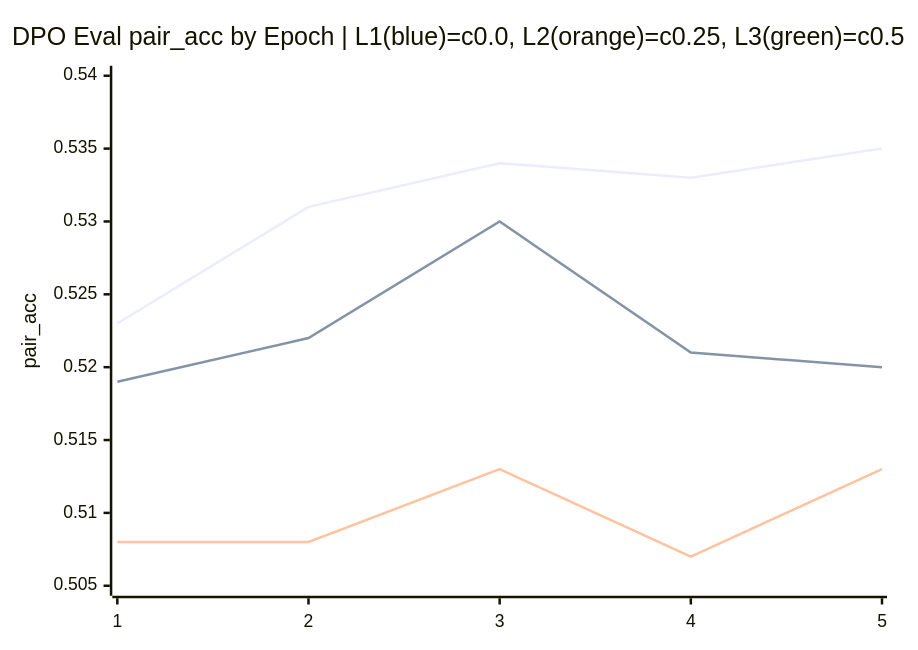
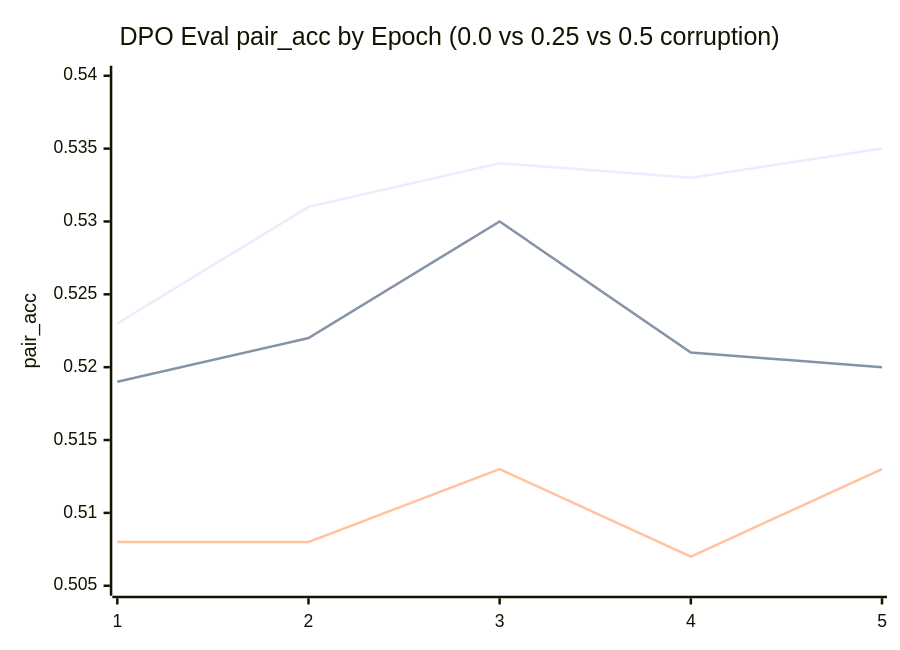
One commit to ethanlou36/implicit_finetuning changed the second of 2 diagrams in README.md. Above: the diagram before and after it, drawn with Mermaid. The commit also changed other lines of this file, not shown here.

````diff
--- a/README.md
+++ b/README.md
@@ -133,9 +133,9 @@
 ```mermaid
 xychart-beta
-    title "DPO Eval pair_acc by Epoch | L1(blue)=c0.0, L2(orange)=c0.25, L3(green)=c0.5"
+    title "DPO Eval pair_acc by Epoch (0.0 vs 0.25 vs 0.5 corruption)"
     x-axis [1, 2, 3, 4, 5]
     y-axis "pair_acc" 0.505 --> 0.54
     line [0.523, 0.531, 0.534, 0.533, 0.535]
     line [0.519, 0.522, 0.530, 0.521, 0.520]
     line [0.508, 0.508, 0.513, 0.507, 0.513]
 ```
````
